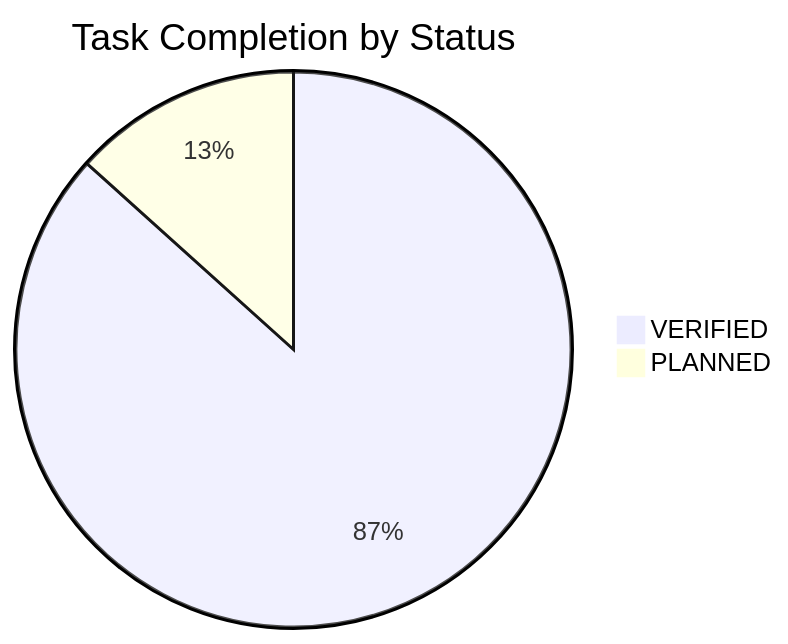
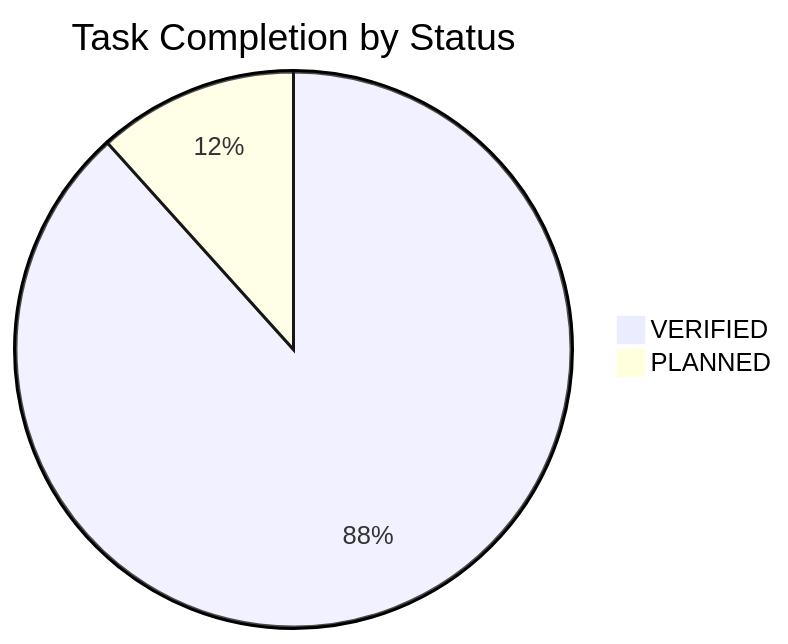
One commit to NguyenTriBaoThang/ClearWayAI changed the diagram in docs/TASK_BOARD.md. Above: the diagram before and after it, drawn with Mermaid. The commit also changed other lines of this file and 3 other files, not shown here.

````diff
--- a/docs/TASK_BOARD.md
+++ b/docs/TASK_BOARD.md
@@ -16,5 +16,5 @@
 ```mermaid
 pie title Task Completion by Status
-    "VERIFIED" : 52
-    "PLANNED" : 8
+    "VERIFIED" : 53
+    "PLANNED" : 7
 ```
````
